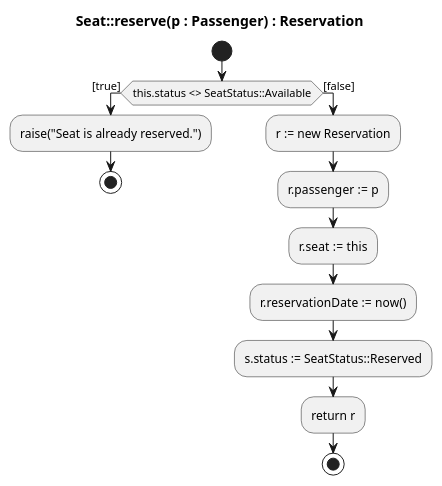
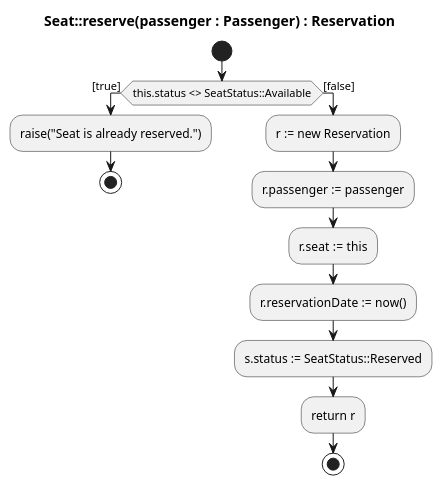
Before and after one commit to scx-othr/MoProCo-evaluation: the diagram in airline/classical-uml/reserve-seat.puml, drawn with PlantUML. The commit also changed 13 other files, not shown here.

```diff
--- a/airline/classical-uml/reserve-seat.puml
+++ b/airline/classical-uml/reserve-seat.puml
@@ -1,17 +1,17 @@
 @startuml
-title Seat::reserve(p : Passenger) : Reservation
+title Seat::reserve(passenger : Passenger) : Reservation
 
 start
 if (this.status <> SeatStatus::Available) then ([true])
   :raise("Seat is already reserved.");
   stop
 else ([false])
   :r := new Reservation;
-  :r.passenger := p;
+  :r.passenger := passenger;
   :r.seat := this;
   :r.reservationDate := now();
   :s.status := SeatStatus::Reserved;
   :return r;
   stop
 endif
 @enduml
```
